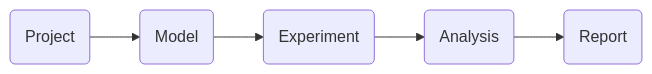
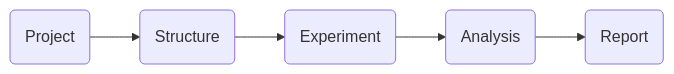
One commit to easyscience/diffraction-lib changed the diagram in docs/docs/user-guide/analysis-workflow/index.md. Above: the diagram before and after it, drawn with Mermaid. The commit also changed other lines of this file and 14 other files, not shown here.

````diff
--- a/docs/docs/user-guide/analysis-workflow/index.md
+++ b/docs/docs/user-guide/analysis-workflow/index.md
@@ -6,12 +6,12 @@
 ```mermaid
 flowchart LR
     a(Project)
-    b(Model)
+    b(Structure)
     c(Experiment)
     d(Analysis)
     e(Report)
     a --> b
     b --> c
     c --> d
     d --> e
 ```
````
